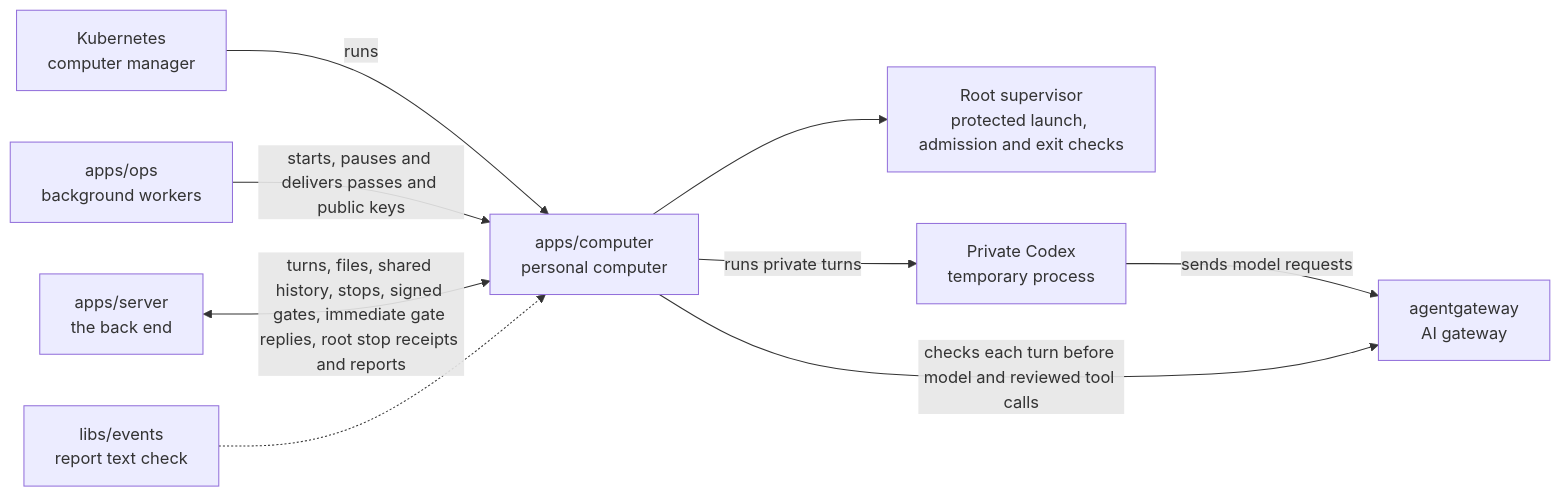
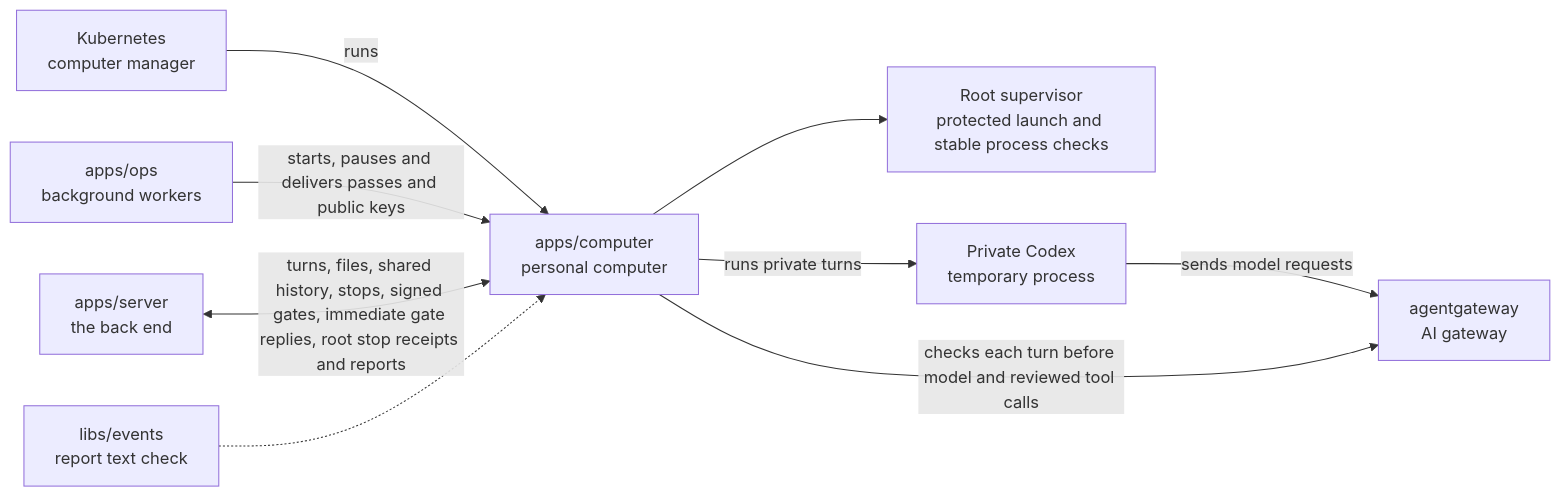
The diagram in apps/computer/README.md (elewa-git/opencrane-new), drawn with Mermaid before and after one commit. The commit also changed other lines of this file and 8 other files, not shown here.

First line of the commit message:
🛑 A computer’s stop receipt checks each process’s start time and all its user IDs (#502)

````diff
--- a/apps/computer/README.md
+++ b/apps/computer/README.md
@@ -22,11 +22,11 @@
 ```mermaid
 flowchart LR
   kube["Kubernetes<br/>computer manager"] -->|runs| computer["apps/computer<br/>personal computer"]
   ops["apps/ops<br/>background workers"] -->|starts, pauses and delivers passes and public keys| computer
   server["apps/server<br/>the back end"] <-->|turns, files, shared history, stops, signed gates, immediate gate replies, root stop receipts and reports| computer
   events["libs/events<br/>report text check"] -.-> computer
-  computer --> supervisor["Root supervisor<br/>protected launch, admission and exit checks"]
+  computer --> supervisor["Root supervisor<br/>protected launch and stable process checks"]
   computer -->|runs private turns| private["Private Codex<br/>temporary process"]
   private -->|sends model requests| gateway
   computer -->|checks each turn before model and reviewed tool calls| gateway["agentgateway<br/>AI gateway"]
 ```
````
